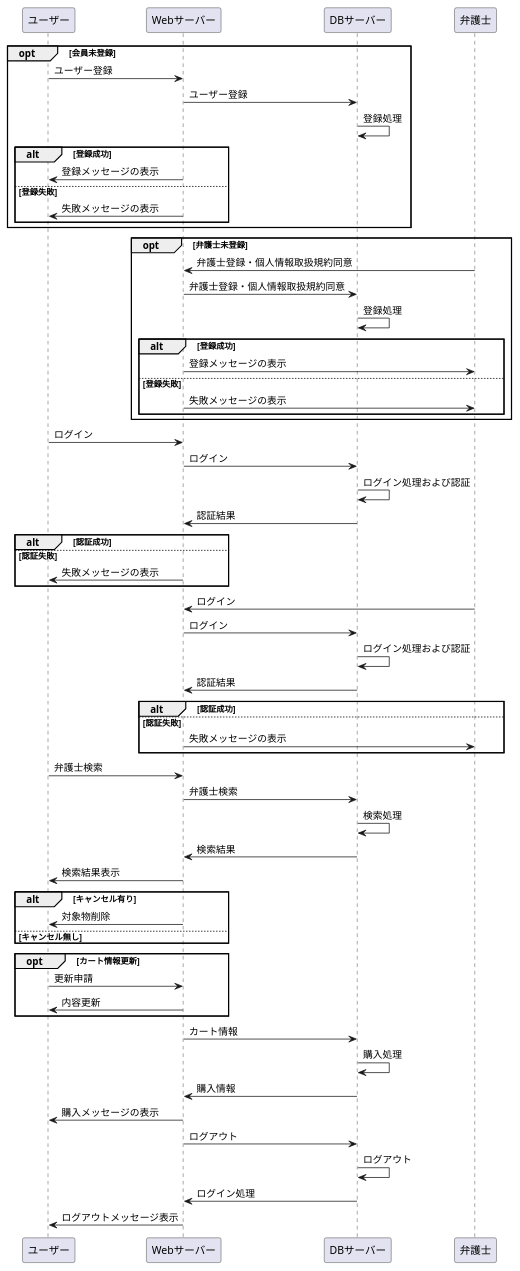
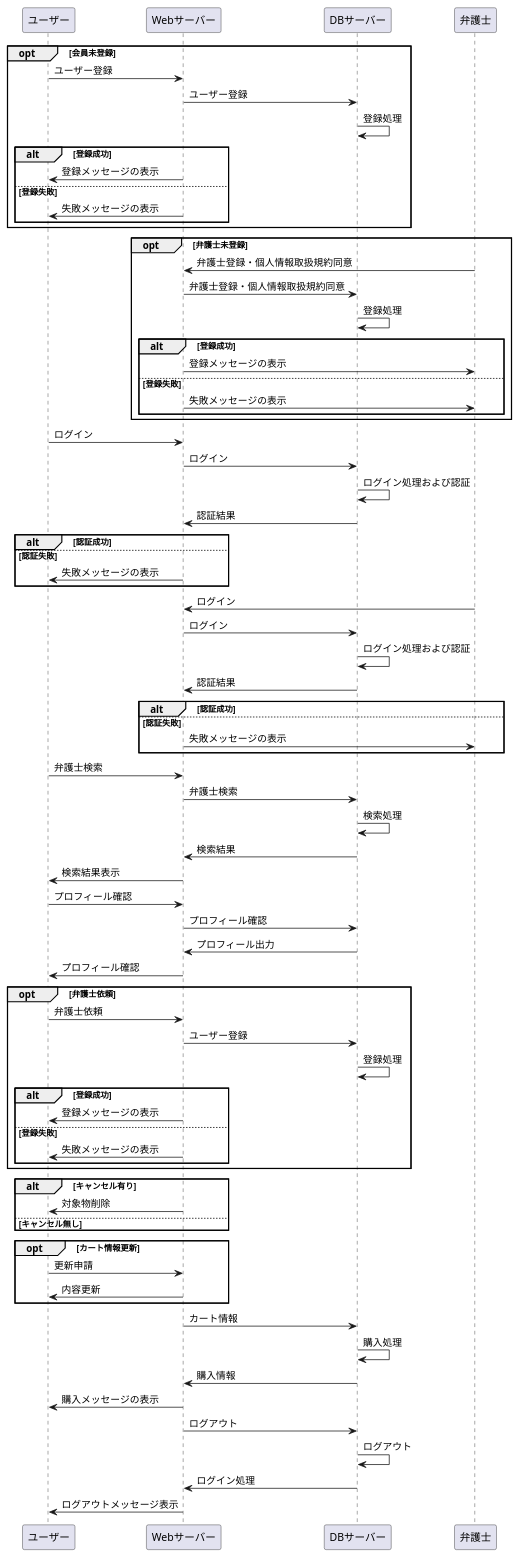
Before and after one commit to Aso2001374/2021sys-design: the diagram in bengoshi-syoukai.md, drawn with PlantUML.

```diff
--- a/bengoshi-syoukai.md
+++ b/bengoshi-syoukai.md
@@ -65,7 +65,30 @@
 DBサーバー -> Webサーバー:検索結果
 Webサーバー ->ユーザー:検索結果表示
 
+
+
+ユーザー -> Webサーバー:プロフィール確認
+Webサーバー -> DBサーバー:プロフィール確認
+DBサーバー -> Webサーバー:プロフィール出力
+Webサーバー ->ユーザー:プロフィール確認
+
+
+opt 弁護士依頼
+
+ユーザー -> Webサーバー:弁護士依頼
+Webサーバー -> DBサーバー:ユーザー登録
+DBサーバー -> DBサーバー:登録処理
+
+  alt 登録成功
+    Webサーバー ->ユーザー:登録メッセージの表示
+  else 登録失敗
+    Webサーバー ->ユーザー:失敗メッセージの表示
+  end
   
+end
+
+
+
   alt キャンセル有り
       Webサーバー ->ユーザー:対象物削除
     else キャンセル無し
```
